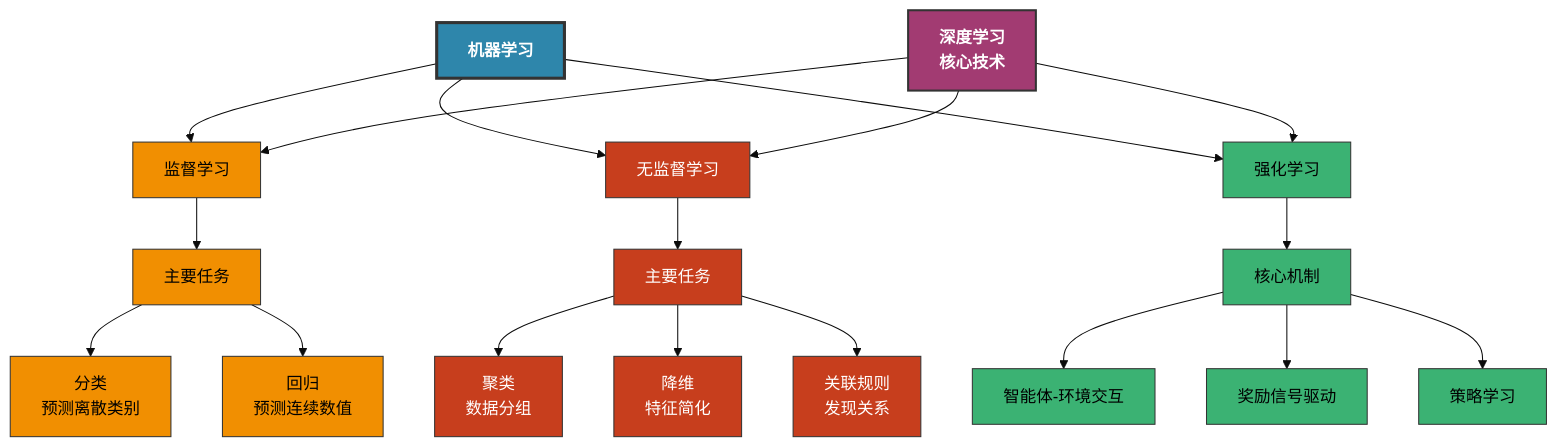
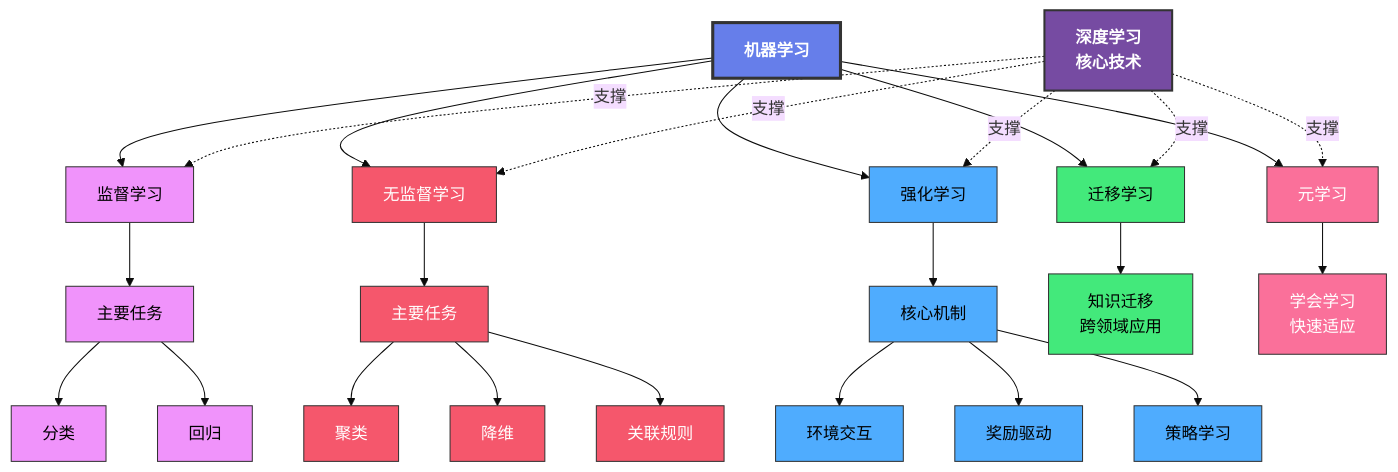
Before and after one commit to Pyxuanhui/MachineLearning: the diagram in readme.md, drawn with Mermaid (base theme). The commit also changed other lines of this file, not shown here.

Commit message:
modified:   readme.md

````diff
--- a/readme.md
+++ b/readme.md
@@ -21,50 +27,75 @@
 ```mermaid
 flowchart TD
-    %% 四大核心机器学习板块
-    A[机器学习] --> B[监督学习]
-    A --> C[无监督学习]
-    A --> D[强化学习]
-  
-    %% 深度学习作为技术基础
-    E[深度学习<br>核心技术] --> B
-    E --> C
-    E --> D
-  
-    %% 监督学习的子任务
-    B --> F[主要任务]
-    F --> G[分类<br>预测离散类别]
-    F --> H[回归<br>预测连续数值]
-  
-    %% 无监督学习的子任务
-    C --> I[主要任务]
-    I --> J[聚类<br>数据分组]
-    I --> K[降维<br>特征简化]
-    I --> L[关联规则<br>发现关系]
-  
-    %% 强化学习的核心概念
-    D --> M[核心机制]
-    M --> N[智能体-环境交互]
-    M --> O[奖励信号驱动]
-    M --> P[策略学习]
-  
-    %% 优化样式 - 简洁清晰的配色
-    style A fill:#2E86AB,stroke:#333,stroke-width:3px,color:#fff,font-weight:bold
-    style E fill:#A23B72,stroke:#333,stroke-width:2px,color:#fff,font-weight:bold
-    style B fill:#F18F01,stroke:#333,color:#000
-    style C fill:#C73E1D,stroke:#333,color:#fff
-    style D fill:#3BB273,stroke:#333,color:#000
-  
-    style F fill:#F18F01,stroke:#333,color:#000
-    style G fill:#F18F01,stroke:#333,color:#000
-    style H fill:#F18F01,stroke:#333,color:#000
-  
-    style I fill:#C73E1D,stroke:#333,color:#fff
-    style J fill:#C73E1D,stroke:#333,color:#fff
-    style K fill:#C73E1D,stroke:#333,color:#fff
-    style L fill:#C73E1D,stroke:#333,color:#fff
-  
-    style M fill:#3BB273,stroke:#333,color:#000
-    style N fill:#3BB273,stroke:#333,color:#000
-    style O fill:#3BB273,stroke:#333,color:#000
-    style P fill:#3BB273,stroke:#333,color:#000
+    %% 定义节点
+    A[机器学习]
+    
+    %% 基础学习范式
+    B[监督学习]
+    C[无监督学习] 
+    D[强化学习]
+    
+    %% 核心技术
+    E[深度学习<br>核心技术]
+    
+    %% 高级学习范式
+    F[迁移学习]
+    G[元学习]
+    
+    %% 子任务和说明
+    B --> H[主要任务]
+    H --> I[分类]
+    H --> J[回归]
+    
+    C --> K[主要任务] 
+    K --> L[聚类]
+    K --> M[降维]
+    K --> N[关联规则]
+    
+    D --> O[核心机制]
+    O --> P[环境交互]
+    O --> Q[奖励驱动]
+    O --> R[策略学习]
+    
+    F --> S[知识迁移<br>跨领域应用]
+    G --> T[学会学习<br>快速适应]
+
+    %% 连接关系
+    A --> B
+    A --> C
+    A --> D
+    A --> F
+    A --> G
+    
+    E -.->|支撑| B
+    E -.->|支撑| C
+    E -.->|支撑| D
+    E -.->|支撑| F
+    E -.->|支撑| G
+
+    %% 优化样式 - 现代配色方案
+    style A fill:#667eea,stroke:#333,stroke-width:3px,color:#fff,font-weight:bold,font-size:16px
+    style E fill:#764ba2,stroke:#333,stroke-width:2px,color:#fff,font-weight:bold
+    
+    style B fill:#f093fb,stroke:#333,color:#000
+    style C fill:#f5576c,stroke:#333,color:#fff  
+    style D fill:#4facfe,stroke:#333,color:#000
+    style F fill:#43e97b,stroke:#333,color:#000
+    style G fill:#fa709a,stroke:#333,color:#fff
+    
+    style H fill:#f093fb,stroke:#333,color:#000
+    style I fill:#f093fb,stroke:#333,color:#000
+    style J fill:#f093fb,stroke:#333,color:#000
+    
+    style K fill:#f5576c,stroke:#333,color:#fff
+    style L fill:#f5576c,stroke:#333,color:#fff
+    style M fill:#f5576c,stroke:#333,color:#fff
+    style N fill:#f5576c,stroke:#333,color:#fff
+    
+    style O fill:#4facfe,stroke:#333,color:#000
+    style P fill:#4facfe,stroke:#333,color:#000
+    style Q fill:#4facfe,stroke:#333,color:#000
+    style R fill:#4facfe,stroke:#333,color:#000
+    
+    style S fill:#43e97b,stroke:#333,color:#000
+    style T fill:#fa709a,stroke:#333,color:#fff
 ```
````
